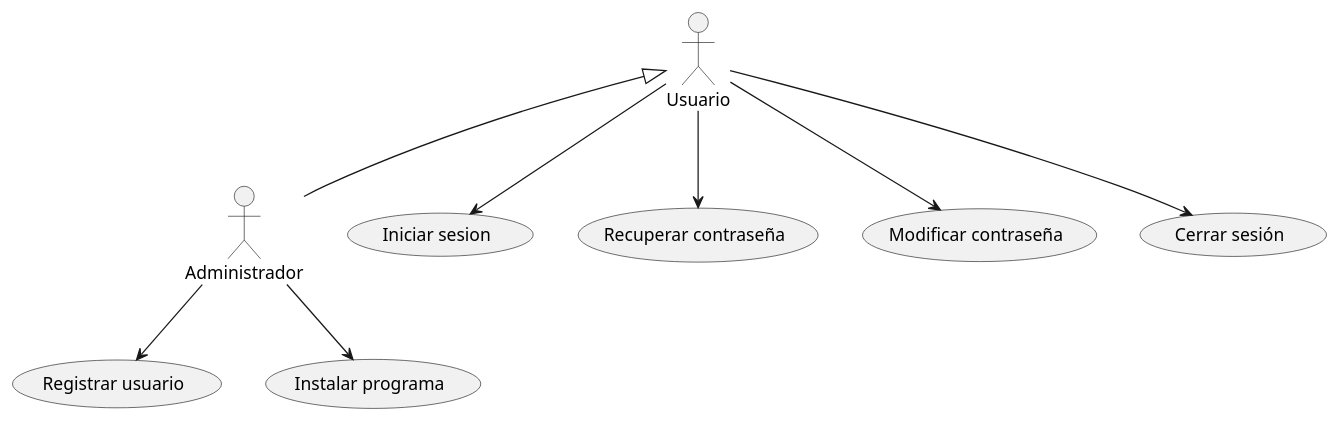
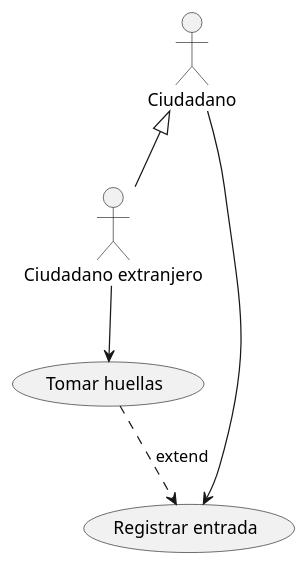
One commit to DaniJorCa/ClasesDeUso changed the diagram in CasosDeUso.puml. Above: the diagram before and after it, drawn with PlantUML.

Commit message:
Acabado Puesto fronterizo

```diff
--- a/CasosDeUso.puml
+++ b/CasosDeUso.puml
@@ -1,21 +1,19 @@
 @startuml
 
-:Usuario: as u1
+:Ciudadano: as c1
+:Ciudadano extranjero: as c2
 
-:Administrador: as u2
+c1 <|-- c2
 
-u1 <|-- u2
+(Registrar entrada) as r1
+(Tomar huellas) as t1
 
-u1 --> (Iniciar sesion)
-u1 --> (Recuperar contraseña)
-u1 --> (Modificar contraseña)
-u1 --> (Cerrar sesión)
+c1 --> r1
 
-u2 --> (Registrar usuario)
-u2 --> (Instalar programa)
+c2 --> t1
 
-
+t1 ..> r1 : extend
 
 
 
 @enduml
```
